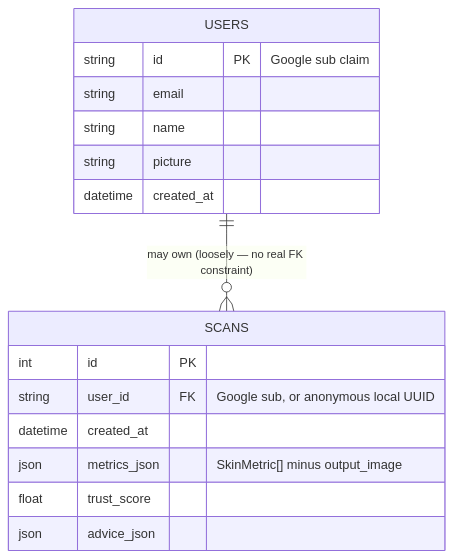
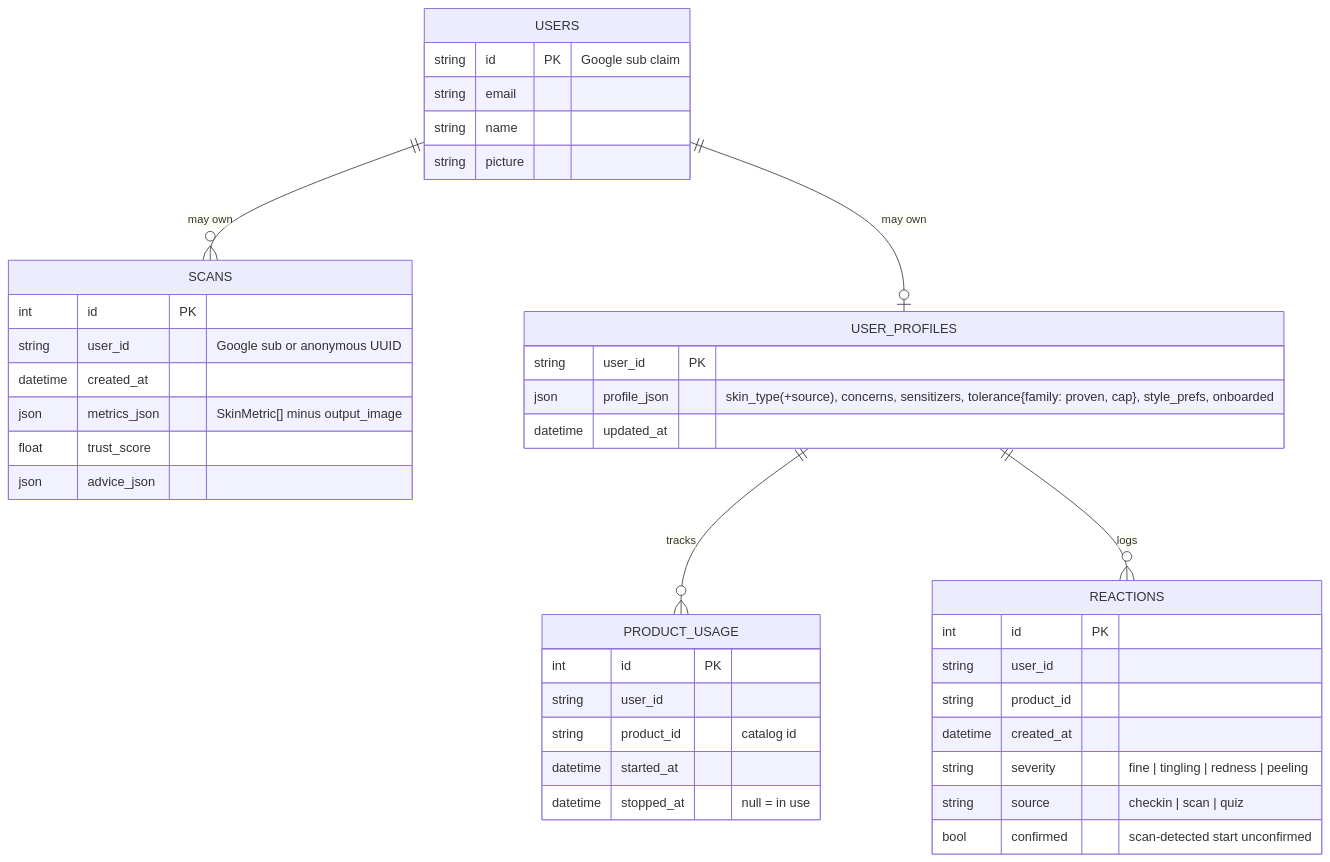
One commit to ask-anannya/Wabi-Sabi changed the tenth of 10 diagrams in ARCHITECTURE.md. Above: the diagram before and after it, drawn with Mermaid. The commit also changed other lines of this file and 4 other files, not shown here.

Commit message:
Docs: bring architecture, README, About and grounding docs up to date

````diff
--- a/ARCHITECTURE.md
+++ b/ARCHITECTURE.md
@@ -335,19 +449,42 @@
 ```mermaid
 erDiagram
     USERS {
         string id PK "Google sub claim"
         string email
         string name
         string picture
-        datetime created_at
     }
     SCANS {
         int id PK
-        string user_id FK "Google sub, or anonymous local UUID"
+        string user_id "Google sub or anonymous UUID"
         datetime created_at
         json metrics_json "SkinMetric[] minus output_image"
         float trust_score
         json advice_json
     }
-    USERS ||--o{ SCANS : "may own (loosely — no real FK constraint)"
+    USER_PROFILES {
+        string user_id PK
+        json profile_json "skin_type(+source), concerns, sensitizers, tolerance{family: proven, cap}, style_prefs, onboarded"
+        datetime updated_at
+    }
+    PRODUCT_USAGE {
+        int id PK
+        string user_id
+        string product_id "catalog id"
+        datetime started_at
+        datetime stopped_at "null = in use"
+    }
+    REACTIONS {
+        int id PK
+        string user_id
+        string product_id
+        datetime created_at
+        string severity "fine | tingling | redness | peeling"
+        string source "checkin | scan | quiz"
+        bool confirmed "scan-detected start unconfirmed"
+    }
+    USERS ||--o{ SCANS : "may own"
+    USERS ||--o| USER_PROFILES : "may own"
+    USER_PROFILES ||--o{ PRODUCT_USAGE : tracks
+    USER_PROFILES ||--o{ REACTIONS : logs
 ```
````
